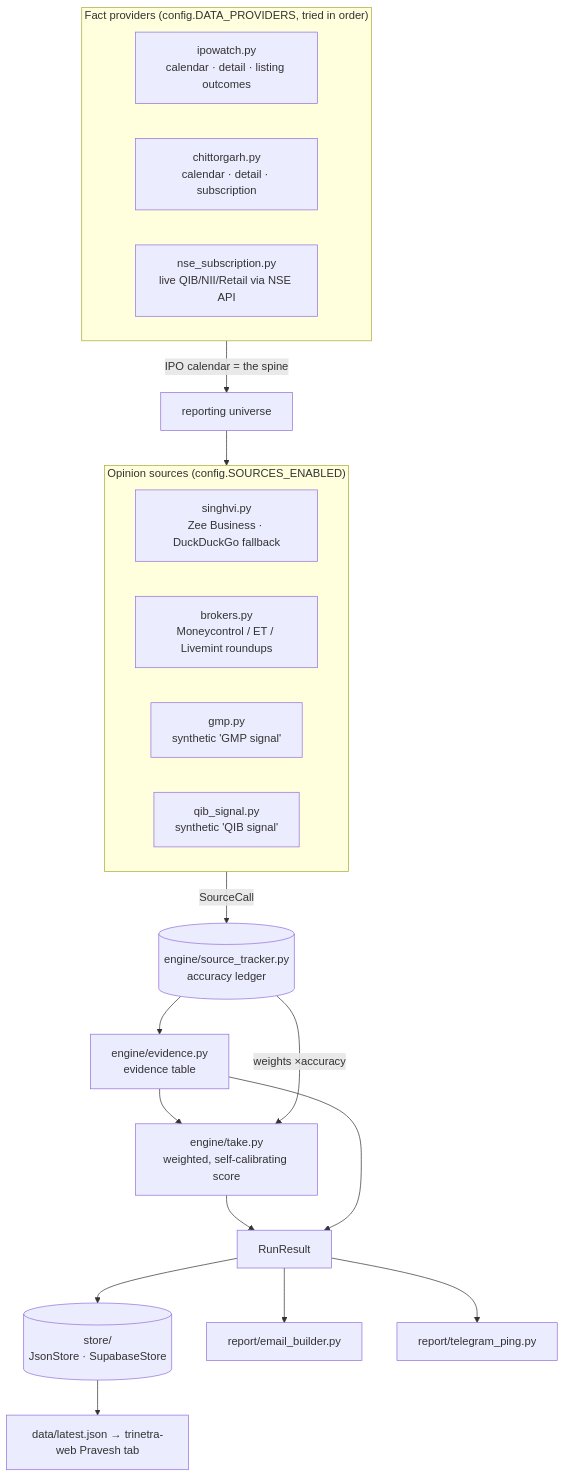
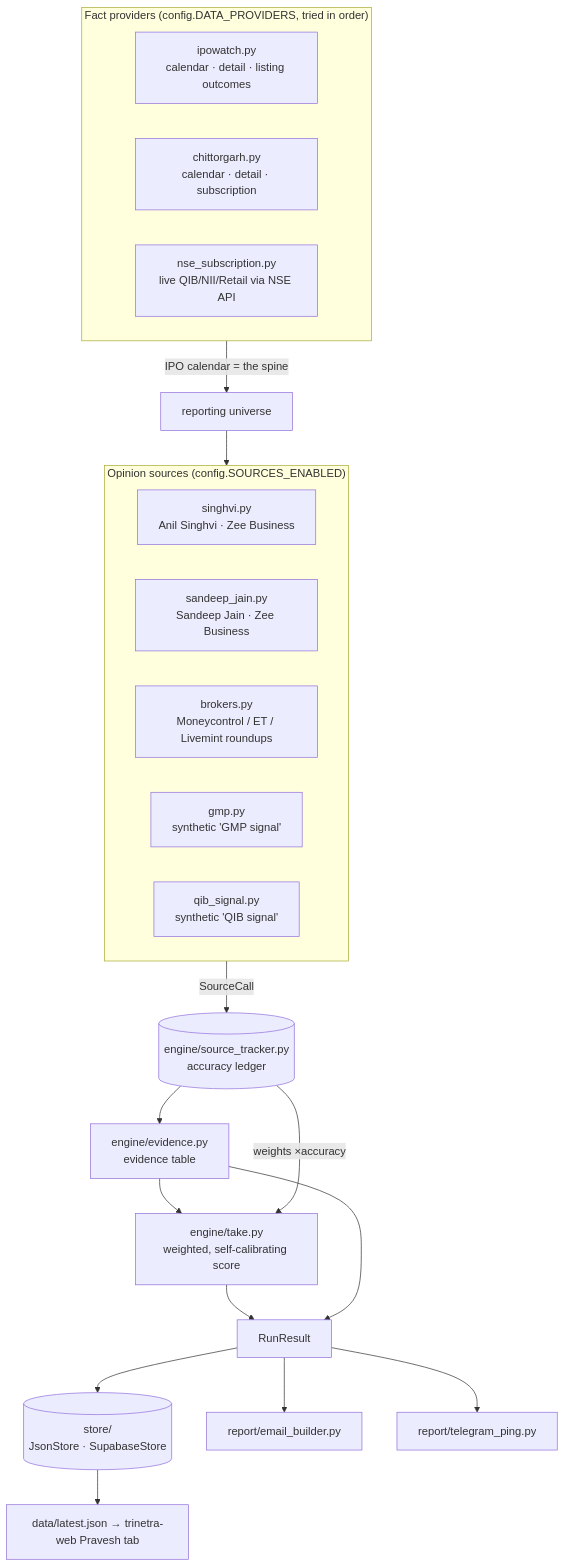
Before and after one commit to hardik-goel/pravesh-engine: the diagram in README.md, drawn with Mermaid. The commit also changed other lines of this file and 13 other files, not shown here.

First line of the commit message:
feat: add Sandeep Jain as a second named expert

````diff
--- a/README.md
+++ b/README.md
@@ -27,28 +28,29 @@
 ```mermaid
 flowchart TD
     subgraph providers["Fact providers (config.DATA_PROVIDERS, tried in order)"]
         IW[ipowatch.py<br/>calendar · detail · listing outcomes]
         CG[chittorgarh.py<br/>calendar · detail · subscription]
         NSE[nse_subscription.py<br/>live QIB/NII/Retail via NSE API]
     end
 
     subgraph opinions["Opinion sources (config.SOURCES_ENABLED)"]
-        SI[singhvi.py<br/>Zee Business · DuckDuckGo fallback]
+        SI[singhvi.py<br/>Anil Singhvi · Zee Business]
+        SJ[sandeep_jain.py<br/>Sandeep Jain · Zee Business]
         BR[brokers.py<br/>Moneycontrol / ET / Livemint roundups]
         GM[gmp.py<br/>synthetic 'GMP signal']
         QI[qib_signal.py<br/>synthetic 'QIB signal']
     end
 
     providers -->|IPO calendar = the spine| UNI[reporting universe]
     UNI --> opinions
     opinions -->|SourceCall| LED[(engine/source_tracker.py<br/>accuracy ledger)]
     LED --> EV[engine/evidence.py<br/>evidence table]
     EV --> TK[engine/take.py<br/>weighted, self-calibrating score]
     LED -->|weights ×accuracy| TK
     TK --> RES[RunResult]
     EV --> RES
     RES --> ST[(store/<br/>JsonStore · SupabaseStore)]
     RES --> EM[report/email_builder.py]
     RES --> TG[report/telegram_ping.py]
     ST --> WEB[data/latest.json → trinetra-web Pravesh tab]
 ```
````
